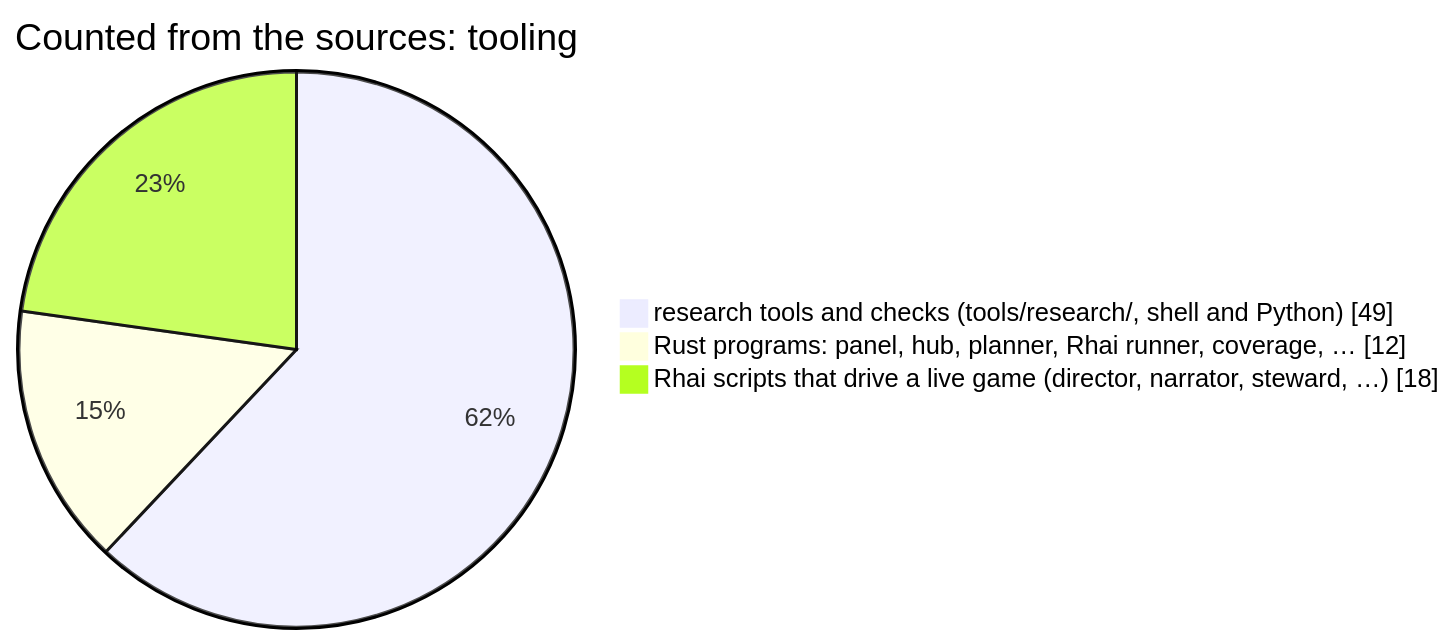
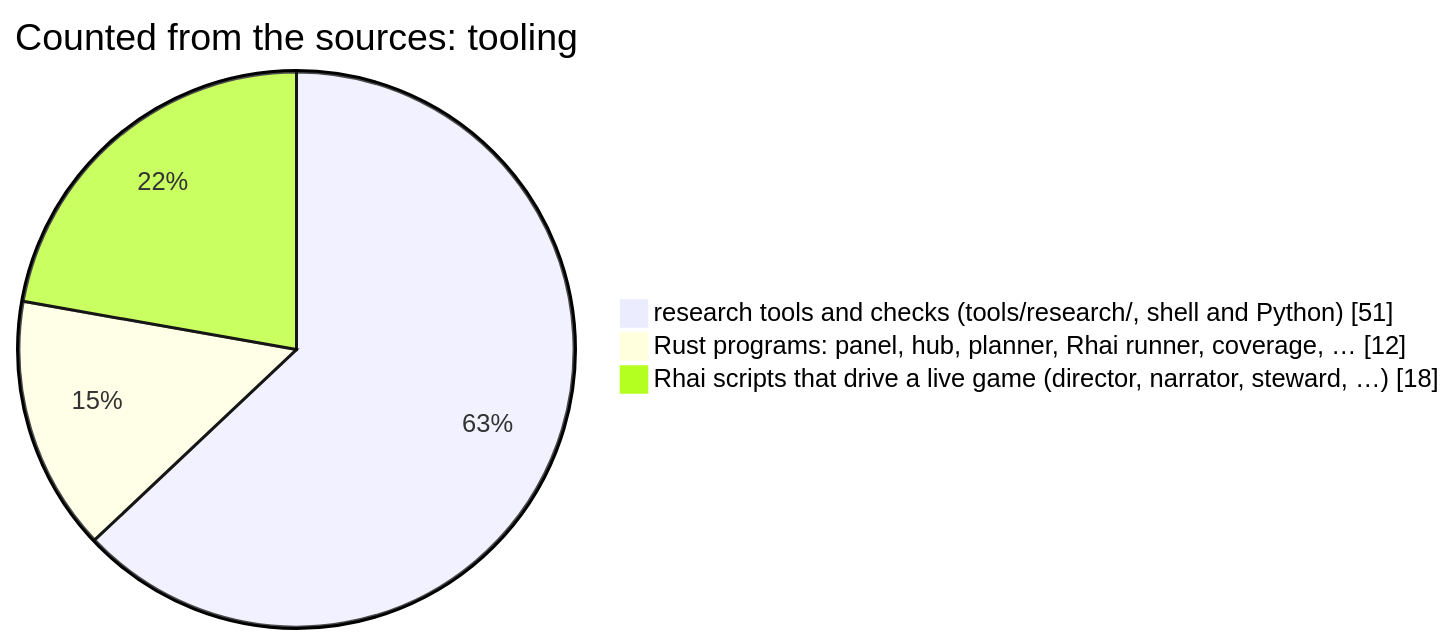
One commit to korczis/OpenTTD changed the seventh of 12 diagrams in README.md. Above: the diagram before and after it, drawn with Mermaid. The commit also changed other lines of this file and 2 other files, not shown here.

Commit message:
Change: [PrismaticMCP] Research Rust CI checks the AlgoGlyph pin and builds against the submodule
I0227, ADR 0039. The Research Rust workflow, the one that builds mcp-rhai, checks the AlgoGlyph
submodule out, runs when the pin changes (.gitmodules, tools/research/vendor/, the pin script),
checks the pin record against the gitlink and runs the pin script's tests. Cargo.lock gains the
path dependency algoglyph-kernels.

````diff
--- a/README.md
+++ b/README.md
@@ -798,6 +798,6 @@
 ```mermaid
 pie showData title Counted from the sources: tooling
-    "research tools and checks (tools/research/, shell and Python)" : 49
+    "research tools and checks (tools/research/, shell and Python)" : 51
     "Rust programs: panel, hub, planner, Rhai runner, coverage, …" : 12
     "Rhai scripts that drive a live game (director, narrator, steward, …)" : 18
 ```
````
